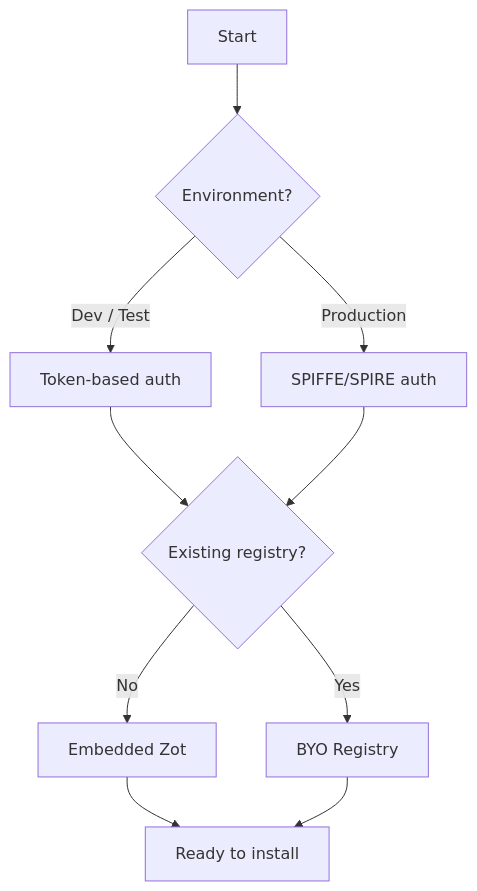
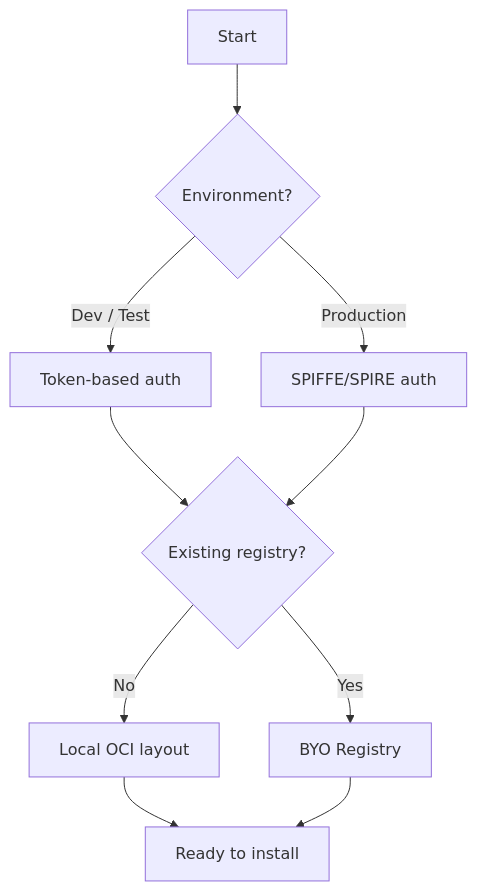
Before and after one commit to container-registry/harbor-satellite: the first of 3 diagrams in website/content/docs/overview.md, drawn with Mermaid. The commit also changed other lines of this file and 24 other files, not shown here.

````diff
--- a/website/content/docs/overview.md
+++ b/website/content/docs/overview.md
@@ -26,12 +26,12 @@
 ```mermaid
 flowchart TD
     A[Start] --> B{Environment?}
     B -->|Dev / Test| C[Token-based auth]
     B -->|Production| D[SPIFFE/SPIRE auth]
     C --> E{Existing registry?}
     D --> E
-    E -->|No| F[Embedded Zot]
+    E -->|No| F[Local OCI layout]
     E -->|Yes| G[BYO Registry]
     F --> H[Ready to install]
     G --> H
 ```
````
